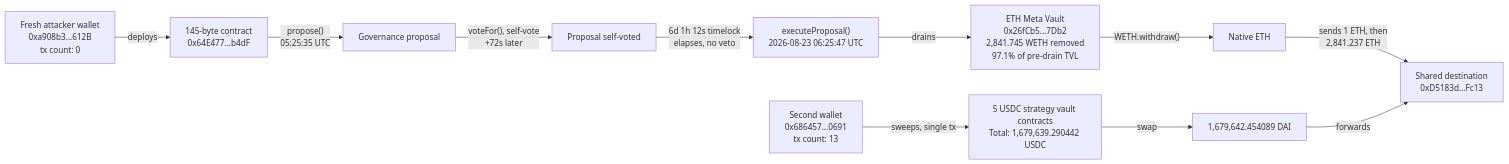
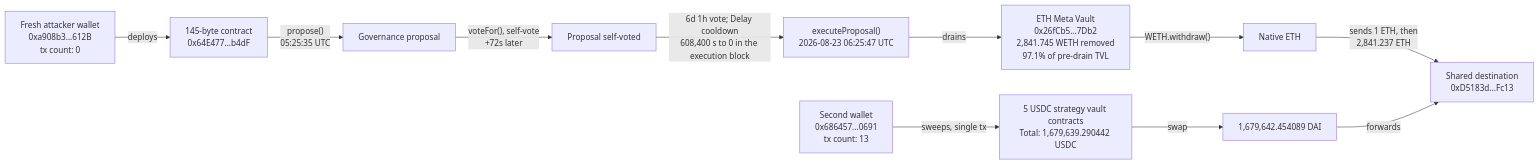
The diagram in termfinance-metavault-governance/README.md (RealSpap/onchain-postmortems), drawn with Mermaid before and after one commit. The commit also changed other lines of this file and 14 other files, not shown here.

````diff
--- a/termfinance-metavault-governance/README.md
+++ b/termfinance-metavault-governance/README.md
@@ -16,14 +26,14 @@
 ```mermaid
 flowchart LR
     A1["Fresh attacker wallet<br/>0xa908b3...612B<br/>tx count: 0"] -->|"deploys"| A2["145-byte contract<br/>0x64E477...b4dF"]
     A2 -->|"propose()<br/>05:25:35 UTC"| A3["Governance proposal"]
     A3 -->|"voteFor(), self-vote<br/>+72s later"| A4["Proposal self-voted"]
-    A4 -->|"6d 1h 12s timelock<br/>elapses, no veto"| A5["executeProposal()<br/>2026-08-23 06:25:47 UTC"]
+    A4 -->|"6d 1h vote; Delay cooldown<br/>608,400 s to 0 in the execution block"| A5["executeProposal()<br/>2026-08-23 06:25:47 UTC"]
     A5 -->|"drains"| A6["ETH Meta Vault<br/>0x26fCb5...7Db2<br/>2,841.745 WETH removed<br/>97.1% of pre-drain TVL"]
     A6 -->|"WETH.withdraw()"| A7["Native ETH"]
     A7 -->|"sends 1 ETH, then<br/>2,841.237 ETH"| C1["Shared destination<br/>0xD5183d...Fc13"]
 
     B1["Second wallet<br/>0x686457...0691<br/>tx count: 13"] -->|"sweeps, single tx"| B2["5 USDC strategy vault contracts<br/>Total: 1,679,639.290442 USDC"]
     B2 -->|"swap"| B3["1,679,642.454089 DAI"]
     B3 -->|"forwards"| C1
 ```
````
